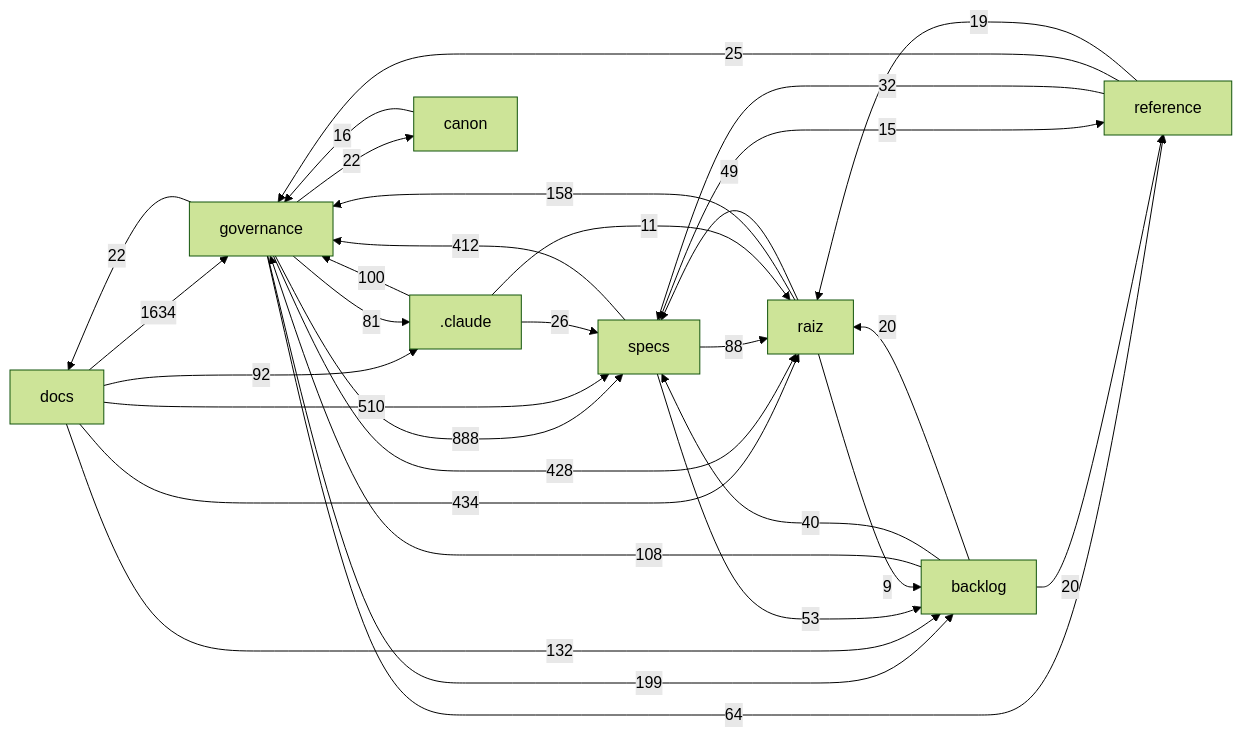
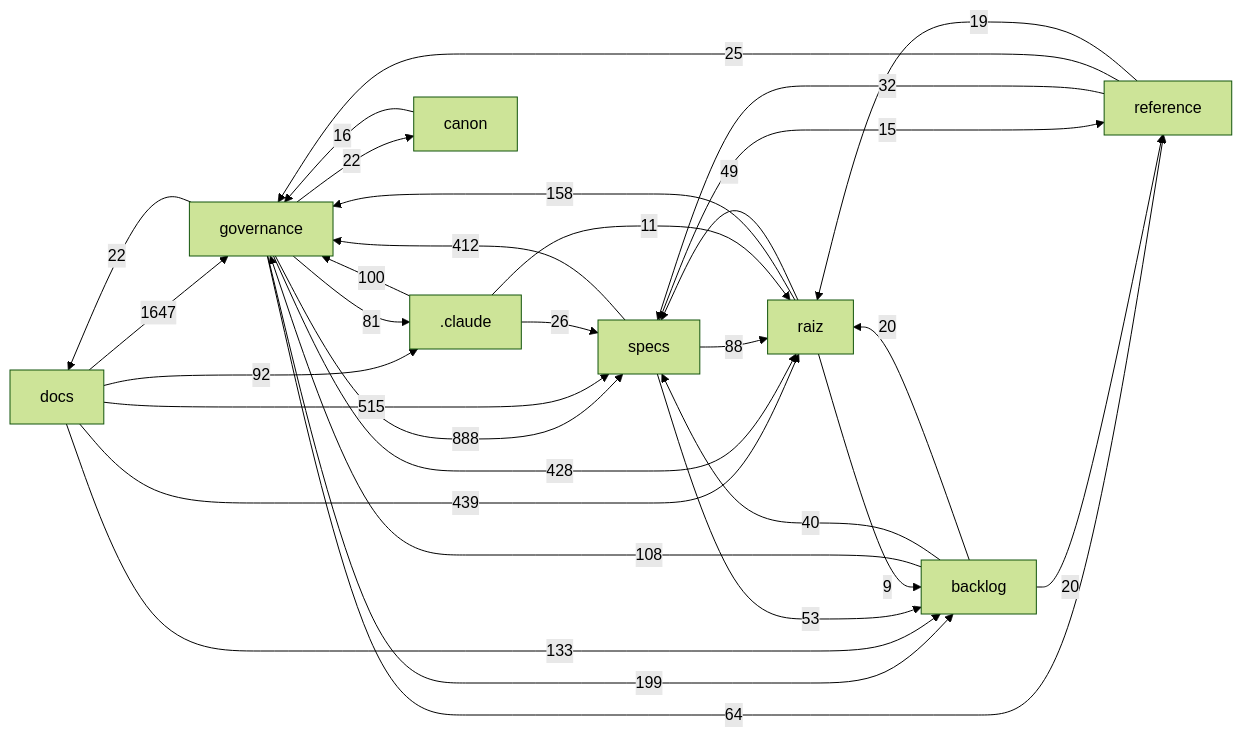
The diagram in docs/mapa/MAPA-PROJETO.md (Andraus35/Sistema-Operacional-de-Trading--SOT), drawn with Mermaid (forest theme) before and after one commit. The commit also changed other lines of this file and 3 other files, not shown here.

````diff
--- a/docs/mapa/MAPA-PROJETO.md
+++ b/docs/mapa/MAPA-PROJETO.md
@@ -29,33 +29,33 @@
 ```mermaid
 flowchart LR
-  docs["docs"] -->|1634| governance["governance"]
+  docs["docs"] -->|1647| governance["governance"]
   governance["governance"] -->|888| specs["specs"]
-  docs["docs"] -->|510| specs["specs"]
-  docs["docs"] -->|434| raiz["raiz"]
+  docs["docs"] -->|515| specs["specs"]
+  docs["docs"] -->|439| raiz["raiz"]
   governance["governance"] -->|428| raiz["raiz"]
   specs["specs"] -->|412| governance["governance"]
   governance["governance"] -->|199| backlog["backlog"]
   raiz["raiz"] -->|158| governance["governance"]
-  docs["docs"] -->|132| backlog["backlog"]
+  docs["docs"] -->|133| backlog["backlog"]
   backlog["backlog"] -->|108| governance["governance"]
   _claude[".claude"] -->|100| governance["governance"]
   docs["docs"] -->|92| _claude[".claude"]
   specs["specs"] -->|88| raiz["raiz"]
   governance["governance"] -->|81| _claude[".claude"]
   governance["governance"] -->|64| reference["reference"]
   specs["specs"] -->|53| backlog["backlog"]
   raiz["raiz"] -->|49| specs["specs"]
   backlog["backlog"] -->|40| specs["specs"]
   reference["reference"] -->|32| specs["specs"]
   _claude[".claude"] -->|26| specs["specs"]
   reference["reference"] -->|25| governance["governance"]
   governance["governance"] -->|22| docs["docs"]
   governance["governance"] -->|22| canon["canon"]
   backlog["backlog"] -->|20| raiz["raiz"]
   backlog["backlog"] -->|20| reference["reference"]
   reference["reference"] -->|19| raiz["raiz"]
   canon["canon"] -->|16| governance["governance"]
   specs["specs"] -->|15| reference["reference"]
   _claude[".claude"] -->|11| raiz["raiz"]
   raiz["raiz"] -->|9| backlog["backlog"]
 ```
````
